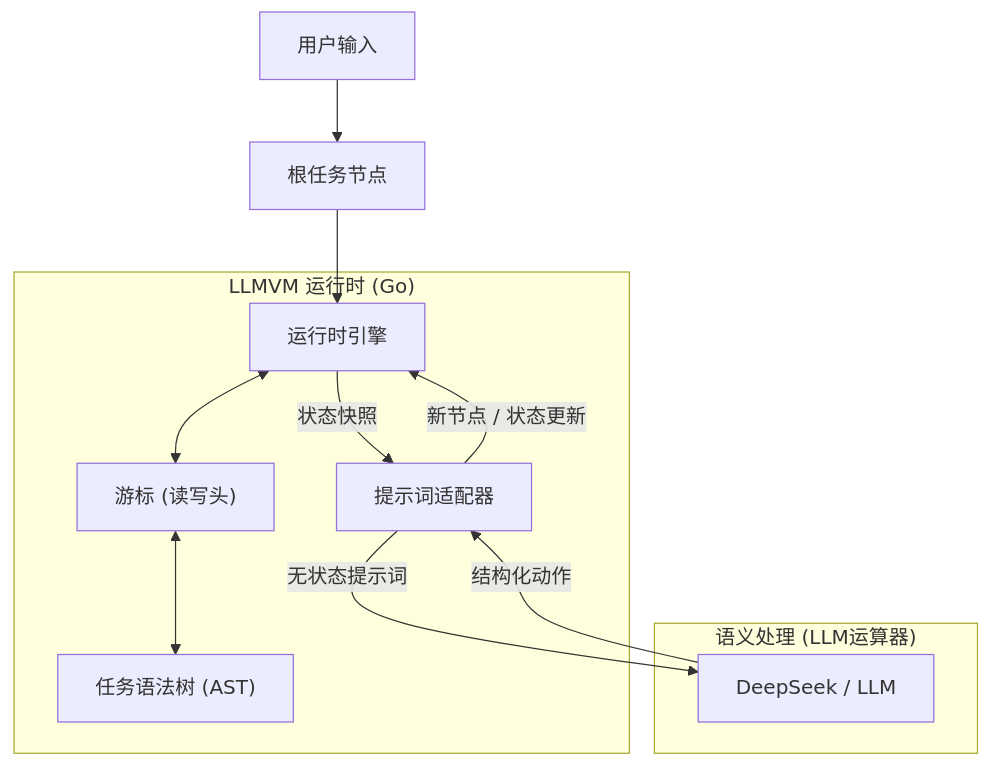
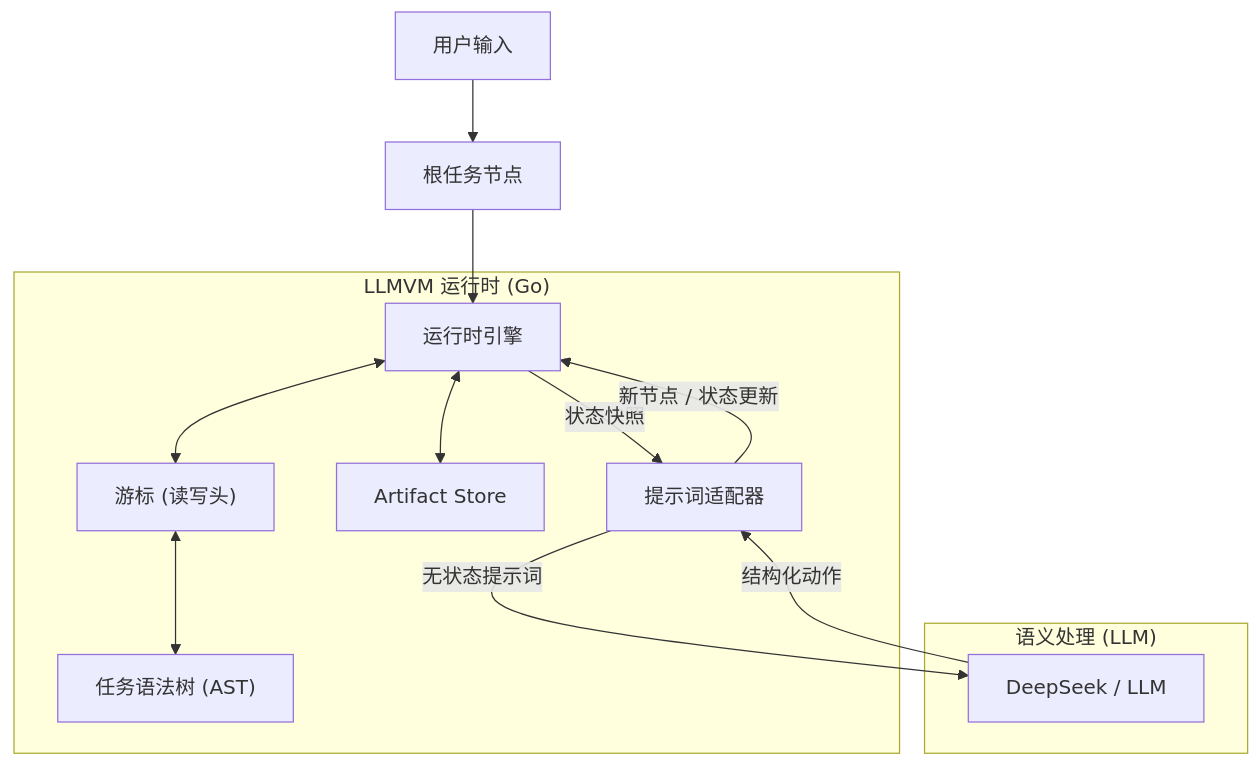
Before and after one commit to Steve65535/llmvm: the diagram in README_CN.md, drawn with Mermaid. The commit also changed other lines of this file and 10 other files, not shown here.

Commit message:
feat: add artifact-based memory runtime

````diff
--- a/README_CN.md
+++ b/README_CN.md
@@ -43,18 +125,19 @@
 ```mermaid
 graph TD
     User["用户输入"] --> Root["根任务节点"]
     Root --> Runtime["运行时引擎"]
-    
+
     subgraph "LLMVM 运行时 (Go)"
         Runtime <--> Cursor["游标 (读写头)"]
         Cursor <--> TaskTree["任务语法树 (AST)"]
+        Runtime <--> ArtStore["Artifact Store"]
         Runtime -- 状态快照 --> Adapter["提示词适配器"]
     end
-    
-    subgraph "语义处理 (LLM运算器)"
+
+    subgraph "语义处理 (LLM)"
         Adapter -- 无状态提示词 --> LLM["DeepSeek / LLM"]
         LLM -- 结构化动作 --> Adapter
     end
-    
+
     Adapter -- "新节点 / 状态更新" --> Runtime
 ```
````
